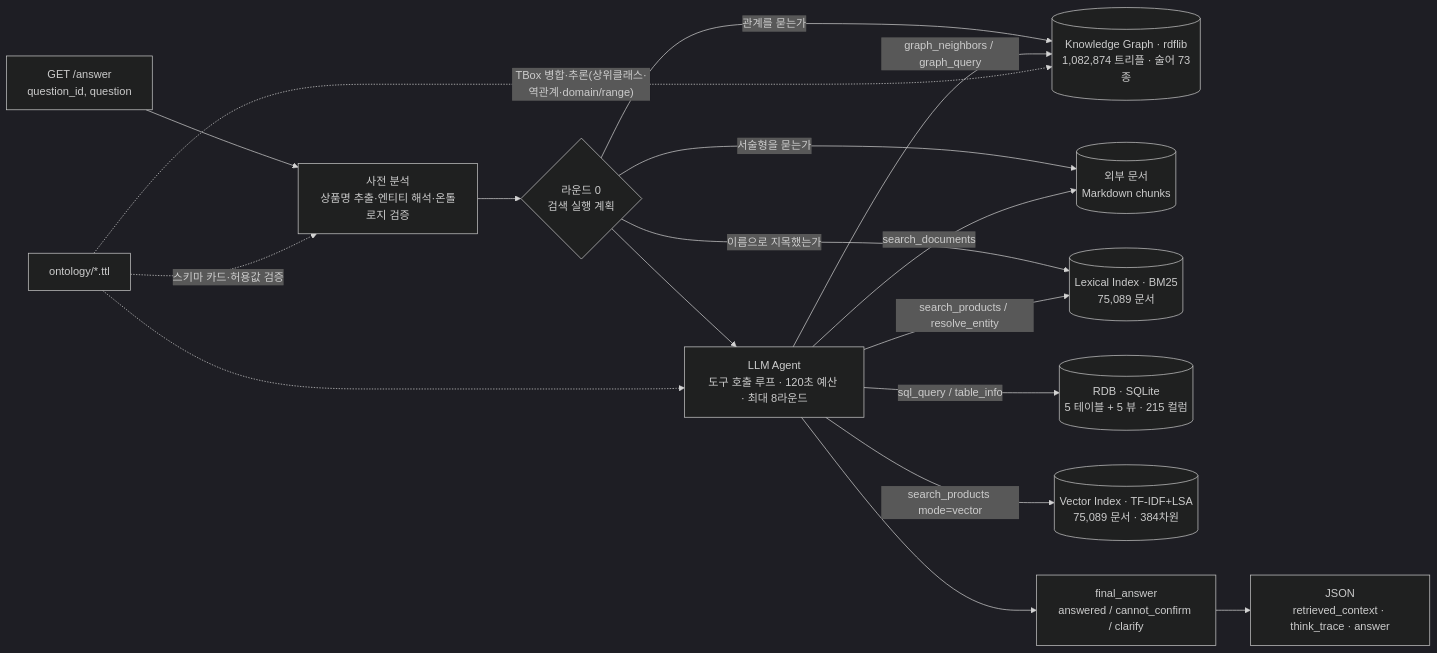
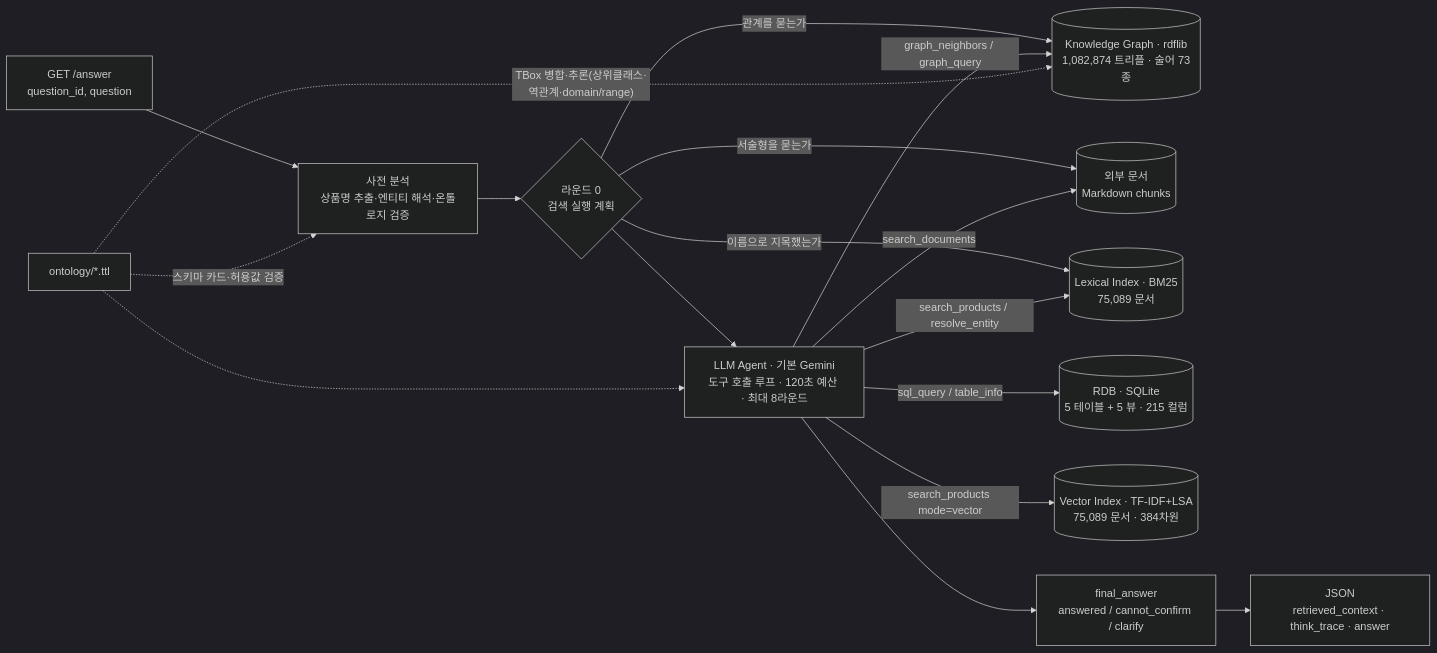
One commit to heon-1219/tradingDecisionAgent changed the third of 4 diagrams in README.md. Above: the diagram before and after it, drawn with Mermaid (dark theme). The commit also changed other lines of this file and 49 other files, not shown here.

````diff
--- a/README.md
+++ b/README.md
@@ -26,20 +579,20 @@
 ```mermaid
 flowchart LR
     Q[GET /answer<br/>question_id, question] --> P[사전 분석<br/>상품명 추출·엔티티 해석·온톨로지 검증]
     P --> RT{라운드 0<br/>검색 실행 계획}
     RT -->|관계를 묻는가| G
     RT -->|서술형을 묻는가| D
     RT -->|이름으로 지목했는가| V
     RT --> A
-    A[LLM Agent<br/>도구 호출 루프 · 120초 예산 · 최대 8라운드]
+    A[LLM Agent · 기본 Gemini<br/>도구 호출 루프 · 120초 예산 · 최대 8라운드]
     A -->|sql_query / table_info| R[(RDB · SQLite<br/>5 테이블 + 5 뷰 · 215 컬럼)]
     A -->|graph_neighbors / graph_query| G[(Knowledge Graph · rdflib<br/>1,082,874 트리플 · 술어 73종)]
     A -->|search_products / resolve_entity| V[(Lexical Index · BM25<br/>75,089 문서)]
     A -->|search_products mode=vector| E[(Vector Index · TF-IDF+LSA<br/>75,089 문서 · 384차원)]
     A -->|search_documents| D[(외부 문서<br/>Markdown chunks)]
     O[ontology/*.ttl] -.스키마 카드·허용값 검증.-> P
     O -.TBox 병합·추론(상위클래스·역관계·domain/range).-> G
     O -.-> A
     A --> F[final_answer<br/>answered / cannot_confirm / clarify]
     F --> J[JSON<br/>retrieved_context · think_trace · answer]
 ```
````
